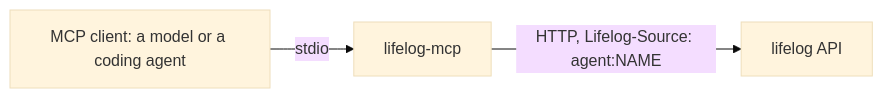
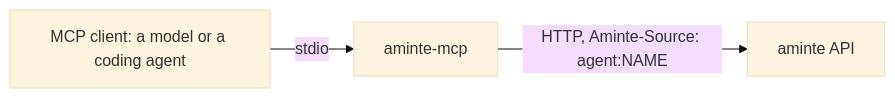
One commit to alexradunet/aminte changed the diagram in extensions/mcp/README.md. Above: the diagram before and after it, drawn with Mermaid (base theme). The commit also changed other lines of this file and 554 other files, not shown here.

First line of the commit message:
rename the project from lifelog to aminte

````diff
--- a/extensions/mcp/README.md
+++ b/extensions/mcp/README.md
@@ -10,5 +10,5 @@
 ```mermaid
 flowchart LR
-  M["MCP client: a model or a coding agent"] -->|"stdio"| S["lifelog-mcp"]
-  S -->|"HTTP, Lifelog-Source: agent:NAME"| A["lifelog API"]
+  M["MCP client: a model or a coding agent"] -->|"stdio"| S["aminte-mcp"]
+  S -->|"HTTP, Aminte-Source: agent:NAME"| A["aminte API"]
 ```
````
